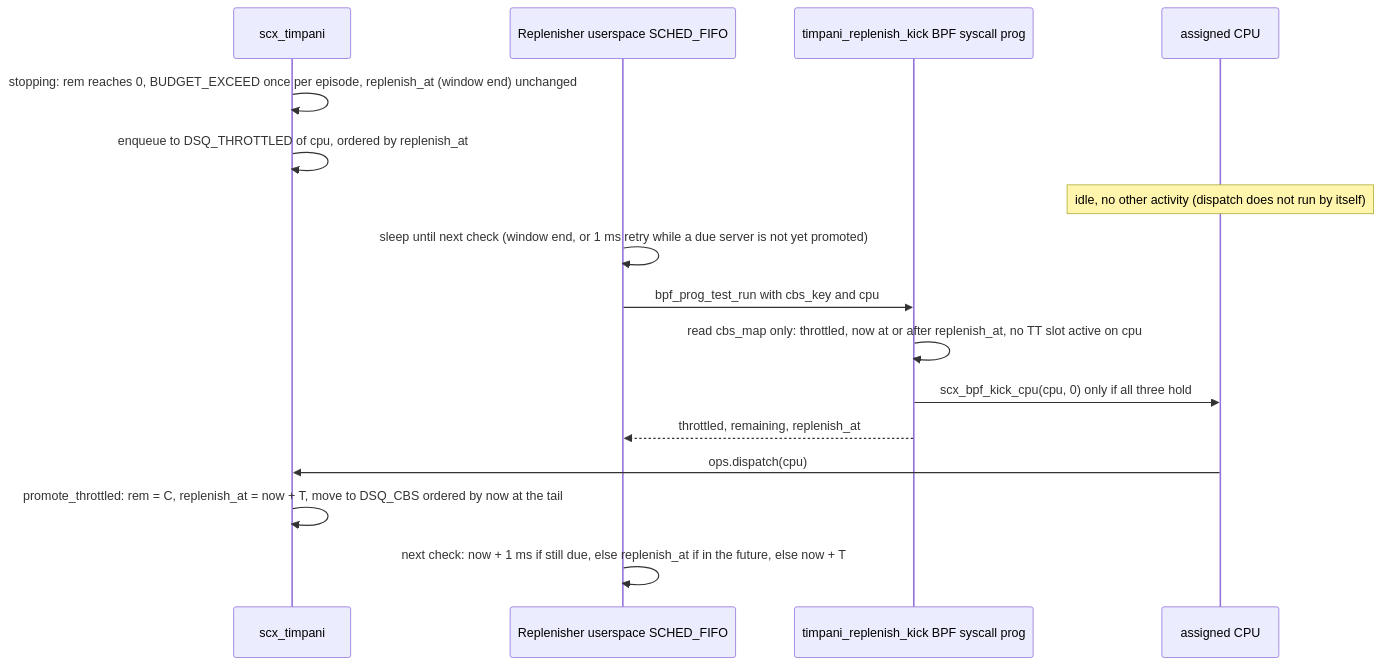
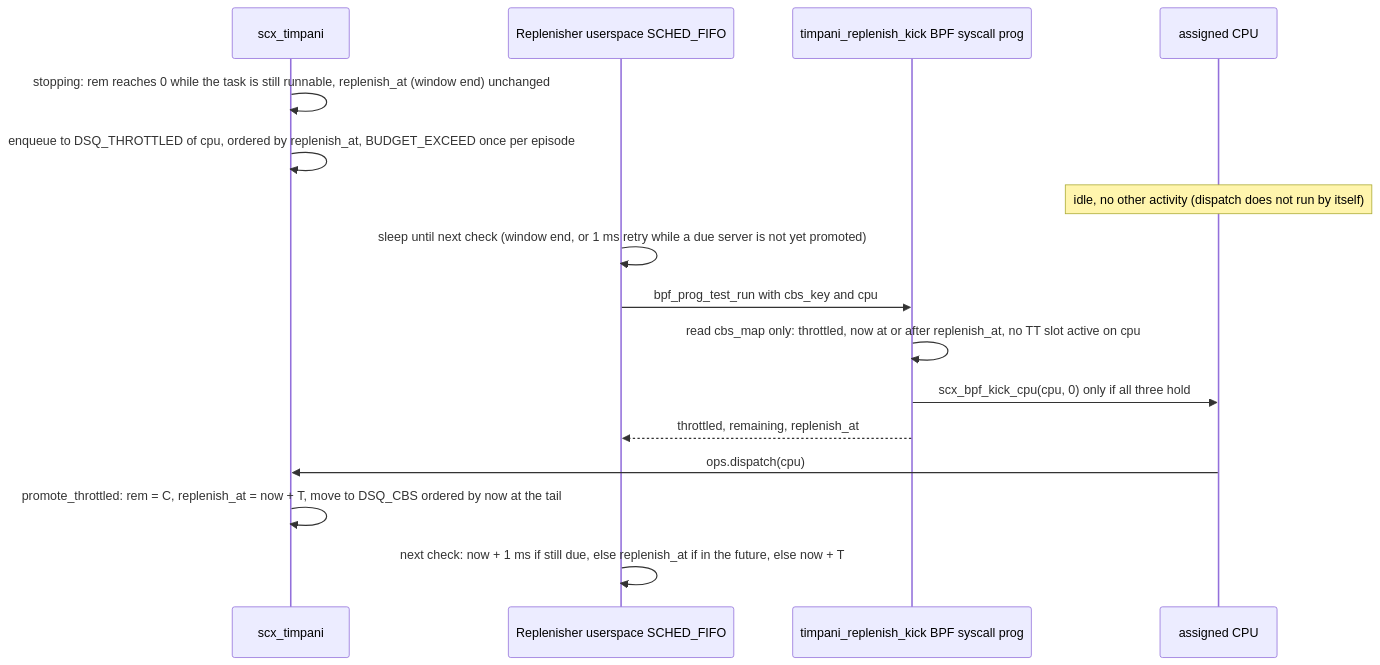
Before and after one commit to akshayg0314/timpani26: the sixth of 13 diagrams in doc/design/kor/HLD-008-event-driven-workload-support.md, drawn with Mermaid. The commit also changed other lines of this file and 5 other files, not shown here.

````diff
--- a/doc/design/kor/HLD-008-event-driven-workload-support.md
+++ b/doc/design/kor/HLD-008-event-driven-workload-support.md
@@ -359,18 +359,18 @@
 ```mermaid
 sequenceDiagram
   participant BPF as scx_timpani
   participant RP as Replenisher userspace SCHED_FIFO
   participant KP as timpani_replenish_kick BPF syscall prog
   participant CPU as assigned CPU
-  BPF->>BPF: stopping: rem reaches 0, BUDGET_EXCEED once per episode, replenish_at (window end) unchanged
-  BPF->>BPF: enqueue to DSQ_THROTTLED of cpu, ordered by replenish_at
+  BPF->>BPF: stopping: rem reaches 0 while the task is still runnable, replenish_at (window end) unchanged
+  BPF->>BPF: enqueue to DSQ_THROTTLED of cpu, ordered by replenish_at, BUDGET_EXCEED once per episode
   Note over CPU: idle, no other activity (dispatch does not run by itself)
   RP->>RP: sleep until next check (window end, or 1 ms retry while a due server is not yet promoted)
   RP->>KP: bpf_prog_test_run with cbs_key and cpu
   KP->>KP: read cbs_map only: throttled, now at or after replenish_at, no TT slot active on cpu
   KP->>CPU: scx_bpf_kick_cpu(cpu, 0) only if all three hold
   KP-->>RP: throttled, remaining, replenish_at
   CPU->>BPF: ops.dispatch(cpu)
   BPF->>BPF: promote_throttled: rem = C, replenish_at = now + T, move to DSQ_CBS ordered by now at the tail
   RP->>RP: next check: now + 1 ms if still due, else replenish_at if in the future, else now + T
 ```
````
